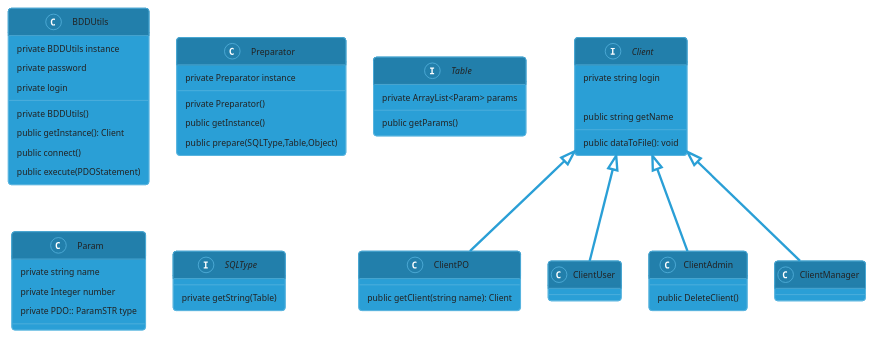
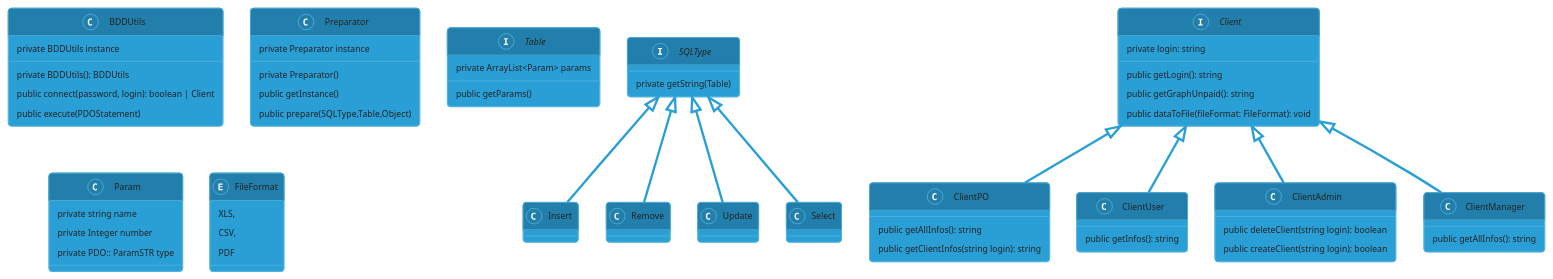
The diagram in ressources/OOP.puml (DutScrumTeam/Banccord), drawn with PlantUML before and after one commit.

Commit message:
Changes by abaiet

```diff
--- a/ressources/OOP.puml
+++ b/ressources/OOP.puml
@@ -1,64 +1,82 @@
 @startuml
 !theme cyborg
 
 class BDDUtils {
      private BDDUtils instance
-     private password
-     private login
-     private BDDUtils()
-     public getInstance(): Client
-     public connect()
+
+     private BDDUtils(): BDDUtils
+     public connect(password, login): boolean | Client
      public execute(PDOStatement)
 }
 
 class Preparator {
     private Preparator instance
     private Preparator()
     public getInstance()
     public prepare(SQLType,Table,Object)
 }
 
 interface Table {
     private ArrayList<Param> params
     public getParams()
 }
 
 class Param{
     private string name
     private Integer number
     private PDO:: ParamSTR type
 }
 
 interface SQLType {
     private getString(Table)
 }
+SQLType <|-- Insert
+SQLType <|-- Remove
+SQLType <|-- Update
+SQLType <|-- Select
+
+class Insert{
+}
+class Remove{
+}
+class Update{
+}
+
+enum FileFormat {
+    XLS,
+    CSV,
+    PDF
+}
 
 interface Client {
-    private string login
+    private login: string
 
-    public string getName
-    public dataToFile(): void
+    public getLogin(): string
+    public getGraphUnpaid(): string
+    public dataToFile(fileFormat: FileFormat): void
 }
 
 class ClientPO {
-    public getClient(string name): Client
-
+    public getAllInfos(): string
+    public getClientInfos(string login): string
 }
 
 class ClientUser {
-
+    public getInfos(): string
 }
 
 class ClientAdmin {
-    public DeleteClient()
+    public deleteClient(string login): boolean
+    public createClient(string login): boolean
 }
 
 class ClientManager {
+    public getAllInfos(): string
 }
 
 Client <|-- ClientPO
 Client <|-- ClientUser
 Client <|-- ClientAdmin
 Client <|-- ClientManager
 
 @enduml
```
